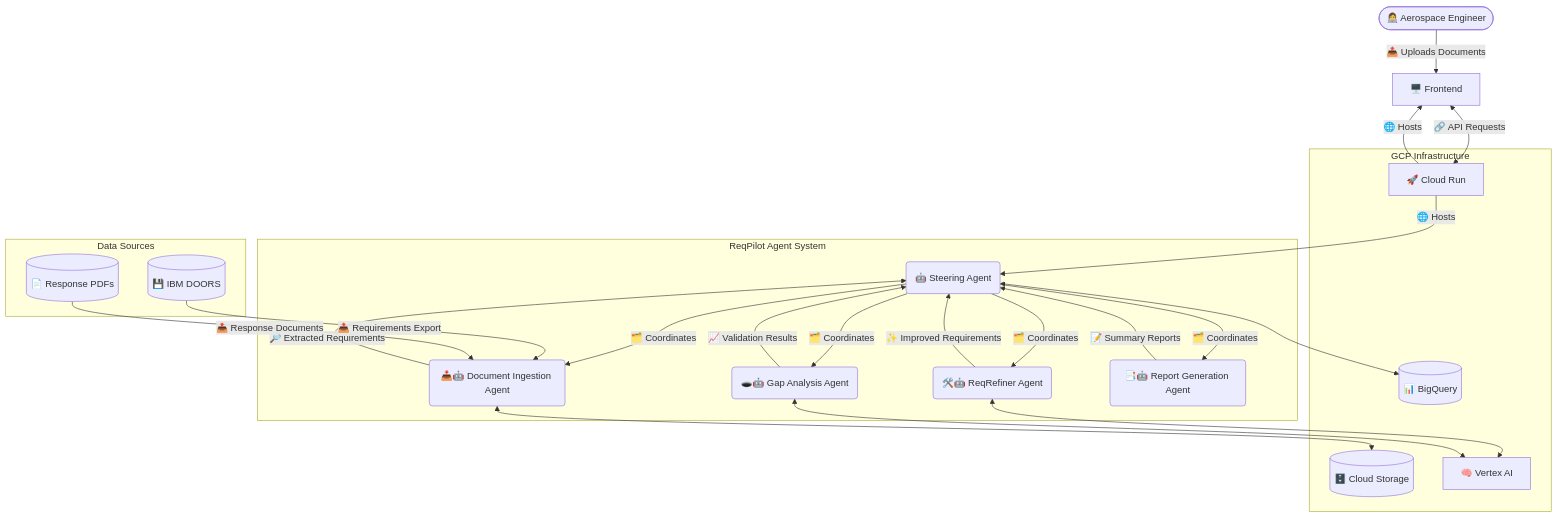
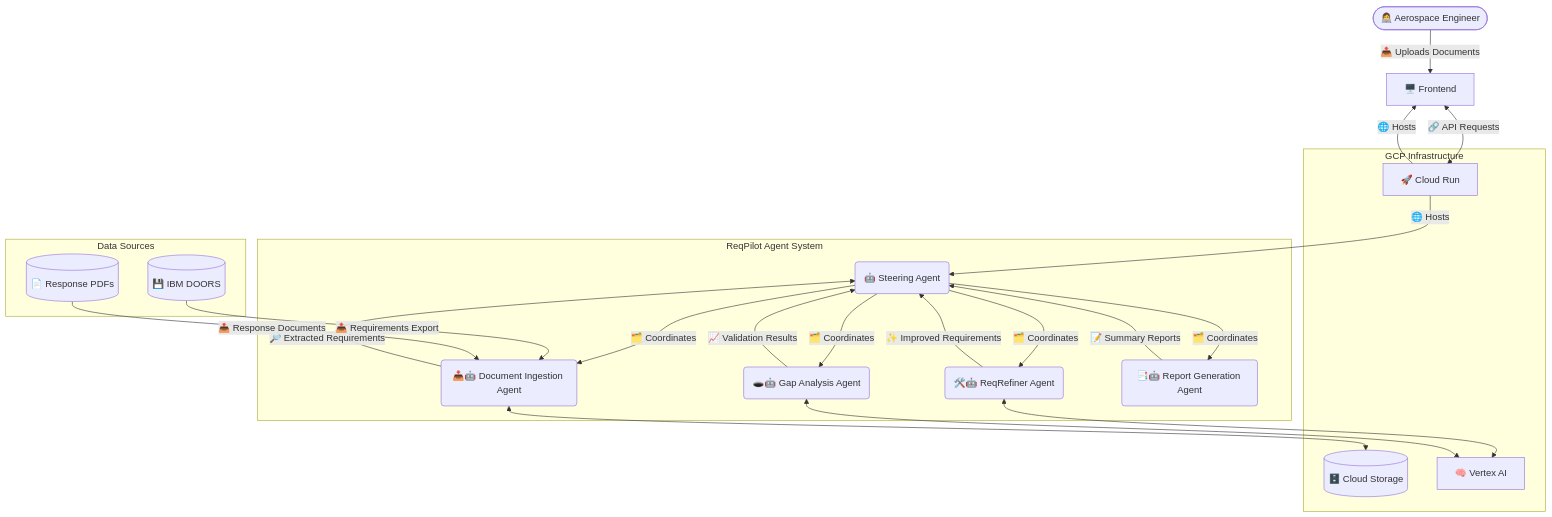
Before and after one commit to onova-gcp-hackathon-2025/e2eplm: the diagram in README.md, drawn with Mermaid.

Commit message:
refactor: remove BigQuery references from architecture diagram in README

````diff
--- a/README.md
+++ b/README.md
@@ -13,40 +13,38 @@
 ```mermaid
 graph TD
     User([👩‍💻 Aerospace Engineer]) -->|📤 Uploads Documents| Frontend[🖥️ Frontend]
     
     subgraph "ReqPilot Agent System"
         Steering(🤖 Steering Agent) -->|🗂️ Coordinates| ReqRefiner
         Steering -->|🗂️ Coordinates| DocIngester
         Steering -->|🗂️ Coordinates| GapAnalyzer
         Steering -->|🗂️ Coordinates| ReportGenerator
         
         ReqRefiner(🛠️🤖 ReqRefiner Agent) -->|✨ Improved Requirements| Steering
         DocIngester(📥🤖 Document Ingestion Agent) -->|🔎 Extracted Requirements| Steering
         GapAnalyzer(🕳️🤖 Gap Analysis Agent) -->|📈 Validation Results| Steering
         ReportGenerator(📑🤖 Report Generation Agent) -->|📝 Summary Reports| Steering
     end
     
     subgraph "Data Sources"
         DOORS[(💾 IBM DOORS)]
         PDFs[(📄 Response PDFs)]
     end
     
     subgraph "GCP Infrastructure"
         CloudStorage[(🗄️ Cloud Storage)]
         VertexAI[🧠 Vertex AI]
-        BigQuery[(📊 BigQuery)]
         CloudRun[🚀 Cloud Run]
     end
     
     Frontend <-->|🔗 API Requests| CloudRun
     DOORS -->|📤 Requirements Export| DocIngester
     PDFs -->|📤 Response Documents| DocIngester
     
     DocIngester <--> CloudStorage
     ReqRefiner <--> VertexAI
     GapAnalyzer <--> VertexAI
-    Steering <--> BigQuery
     
     CloudRun -->|🌐 Hosts| Frontend
     CloudRun -->|🌐 Hosts| Steering
 ```
````
